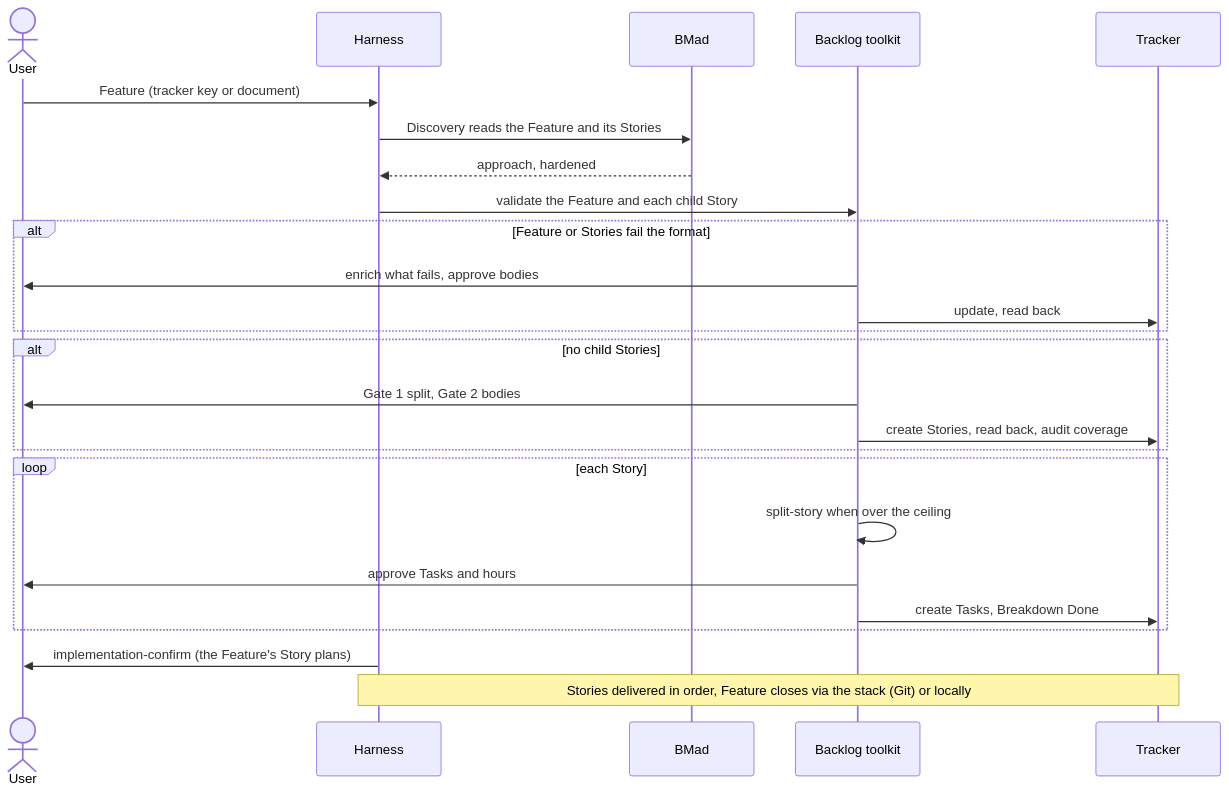
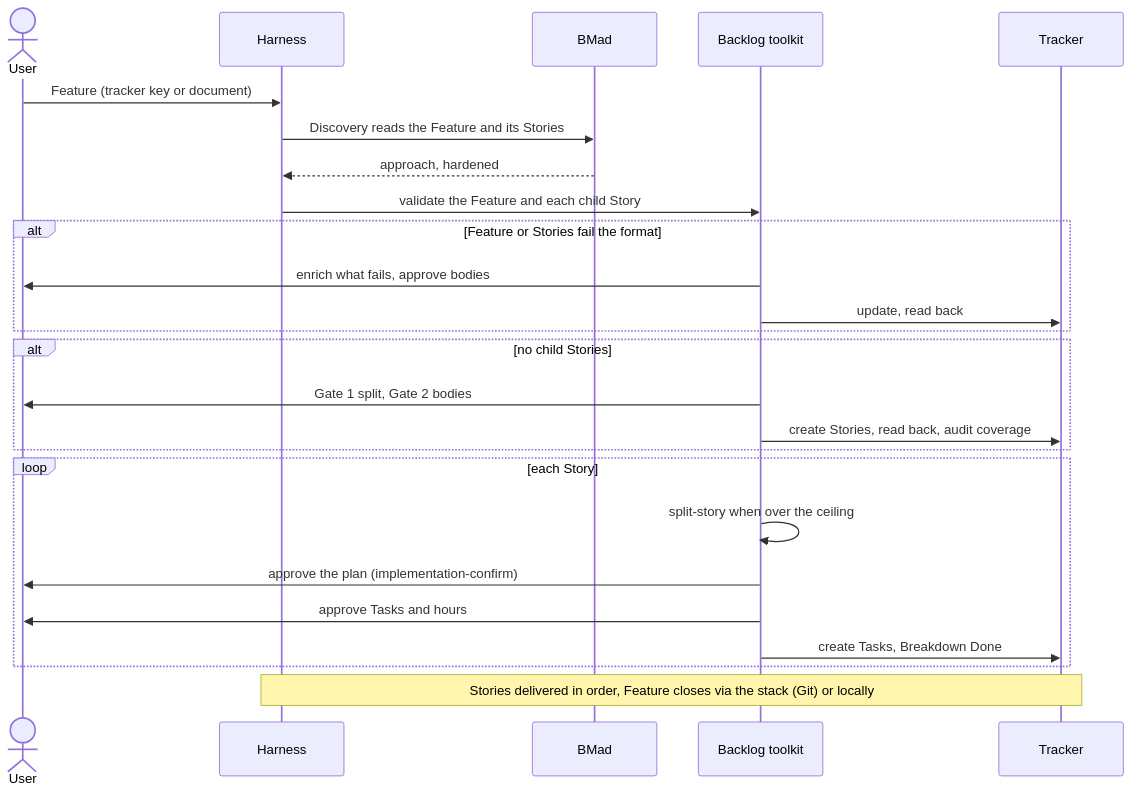
The sixth of 7 diagrams in AI_Codex/Specs/2026-10-15-workflow-alignment.md (Monolith-INC/monolithic-dev-harness), drawn with Mermaid before and after one commit. The commit also changed other lines of this file and 9 other files, not shown here.

````diff
--- a/AI_Codex/Specs/2026-10-15-workflow-alignment.md
+++ b/AI_Codex/Specs/2026-10-15-workflow-alignment.md
@@ -212,28 +235,28 @@
 ```mermaid
 sequenceDiagram
     actor U as User
     participant H as Harness
     participant B as BMad
     participant K as Backlog toolkit
     participant T as Tracker
 
     U->>H: Feature (tracker key or document)
     H->>B: Discovery reads the Feature and its Stories
     B-->>H: approach, hardened
     H->>K: validate the Feature and each child Story
     alt Feature or Stories fail the format
         K->>U: enrich what fails, approve bodies
         K->>T: update, read back
     end
     alt no child Stories
         K->>U: Gate 1 split, Gate 2 bodies
         K->>T: create Stories, read back, audit coverage
     end
     loop each Story
         K->>K: split-story when over the ceiling
+        K->>U: approve the plan (implementation-confirm)
         K->>U: approve Tasks and hours
         K->>T: create Tasks, Breakdown Done
     end
-    H->>U: implementation-confirm (the Feature's Story plans)
     Note over H,T: Stories delivered in order, Feature closes via the stack (Git) or locally
 ```
````
